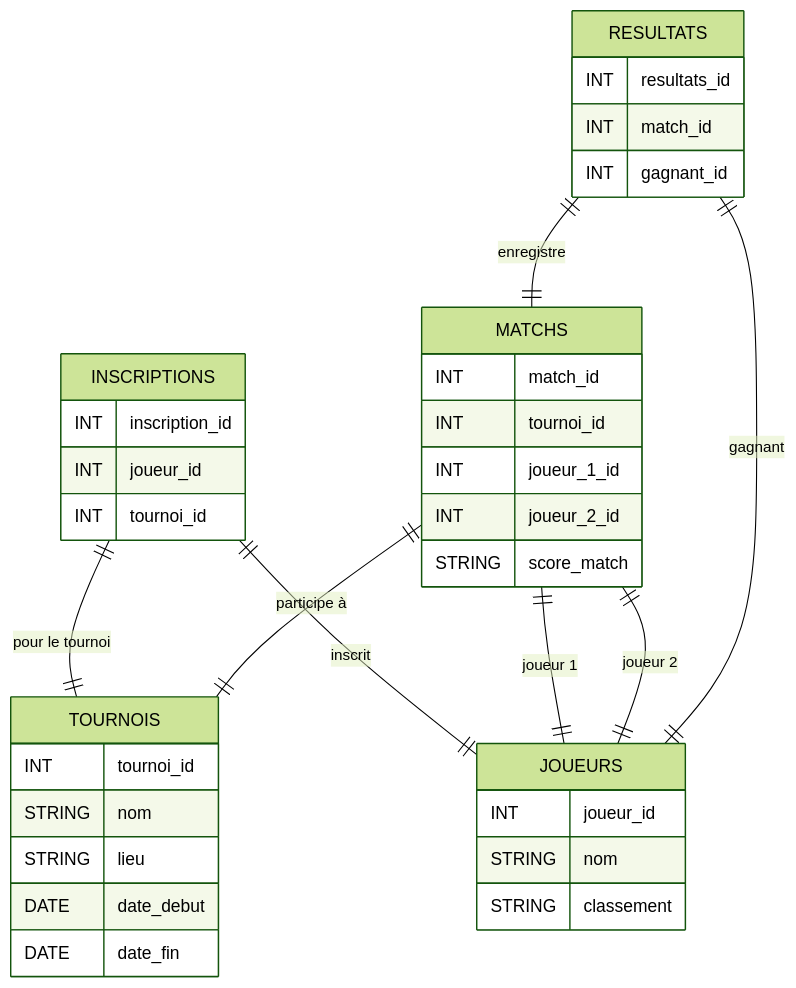
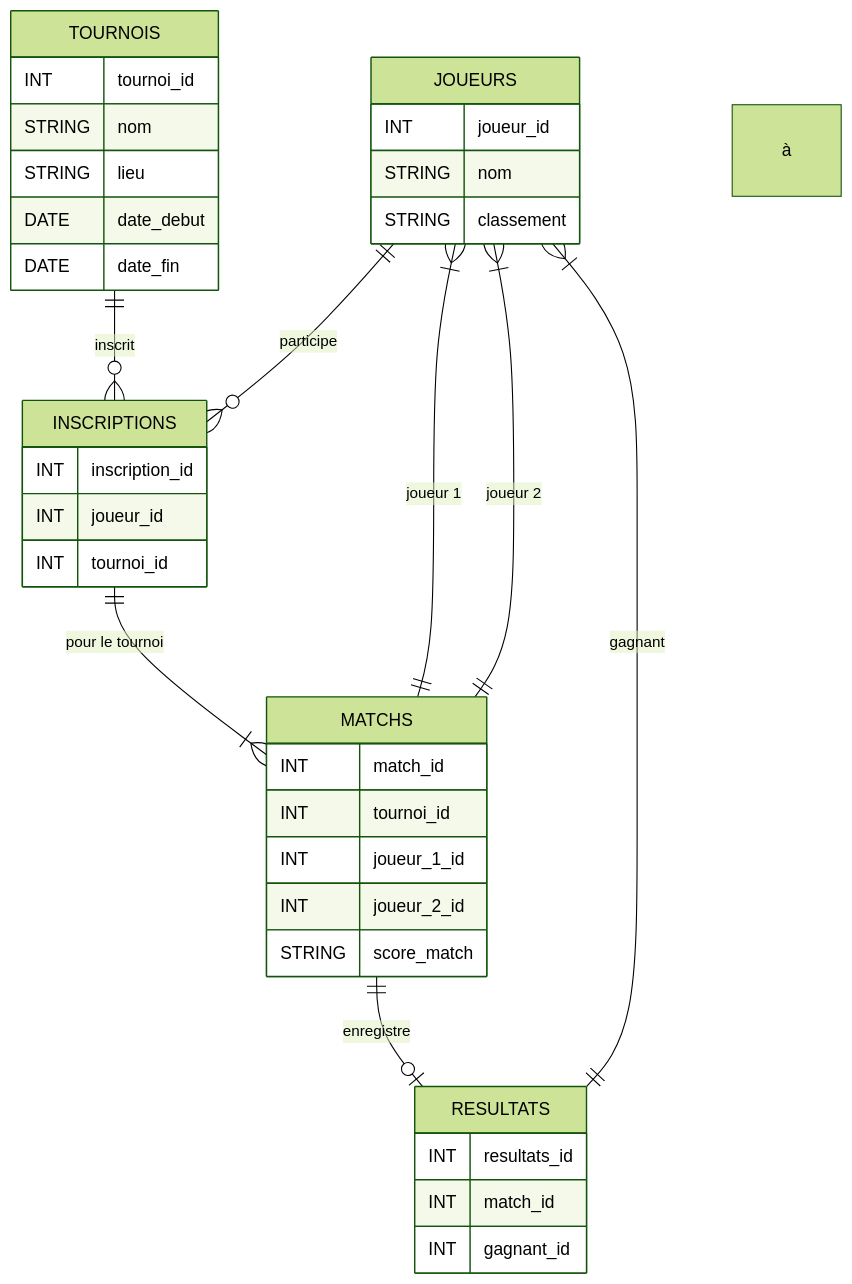
Before and after one commit to aurel882/TennisSQL: the diagram in DOCUMENT CONCEPTION.md, drawn with Mermaid (forest theme).

Commit message:
Update DOCUMENT CONCEPTION.md

````diff
--- a/DOCUMENT CONCEPTION.md
+++ b/DOCUMENT CONCEPTION.md
@@ -48,41 +48,45 @@
 ```mermaid
 erDiagram
     JOUEURS {
         INT joueur_id
         STRING nom
         STRING classement
     }
+
     TOURNOIS {
         INT tournoi_id
         STRING nom
         STRING lieu
         DATE date_debut
         DATE date_fin
     }
+
     MATCHS {
         INT match_id
         INT tournoi_id
         INT joueur_1_id
         INT joueur_2_id
         STRING score_match
     }
+
     RESULTATS {
         INT resultats_id
         INT match_id
         INT gagnant_id
     }
+
     INSCRIPTIONS {
         INT inscription_id
         INT joueur_id
         INT tournoi_id
     }
 
-    INSCRIPTIONS ||--|| JOUEURS : "inscrit"
-    INSCRIPTIONS ||--|| TOURNOIS : "pour le tournoi"
-    MATCHS ||--|| TOURNOIS : "participe à"
-    MATCHS ||--|| JOUEURS : "joueur 1"
-    MATCHS ||--|| JOUEURS : "joueur 2"
-    RESULTATS ||--|| MATCHS : "enregistre"
-    RESULTATS ||--|| JOUEURS : "gagnant"
-
+    JOUEURS ||--o{ INSCRIPTIONS : participe à
+    TOURNOIS ||--o{ INSCRIPTIONS : inscrit
+    INSCRIPTIONS ||--|{ MATCHS : "pour le tournoi"
+    MATCHS ||--|{ JOUEURS : "joueur 1"
+    MATCHS ||--|{ JOUEURS : "joueur 2"
+    MATCHS ||--o| RESULTATS : "enregistre"
+    RESULTATS ||--|{ JOUEURS : "gagnant"
+    
 ```
````
